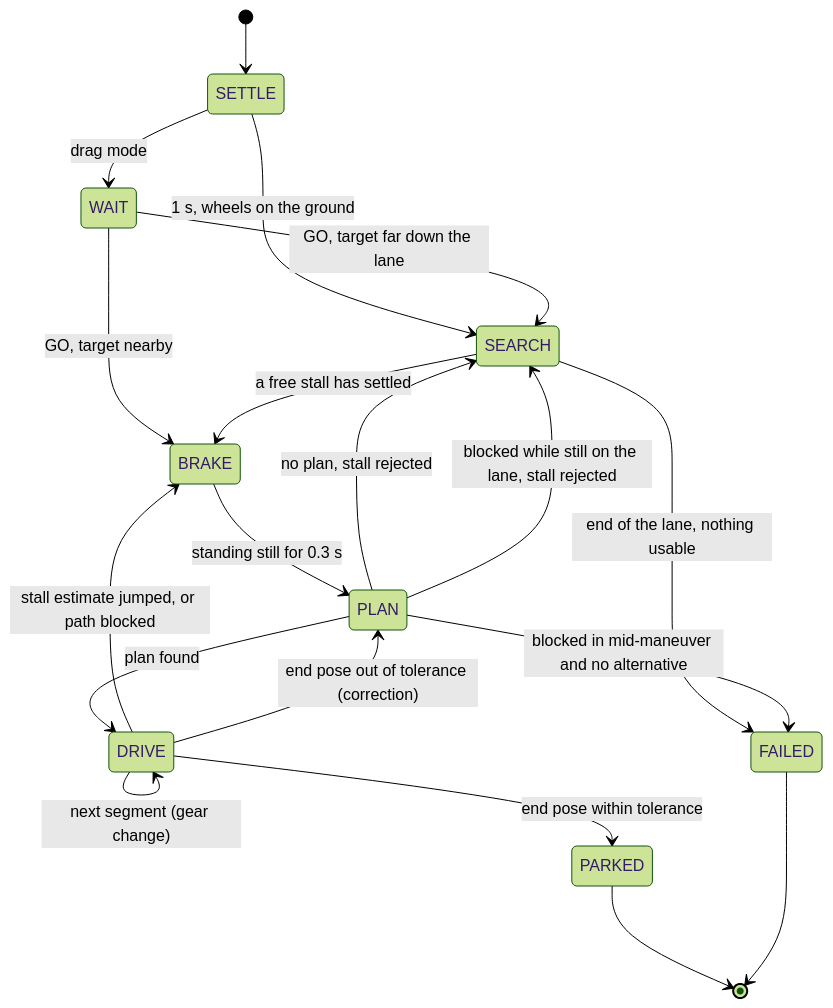
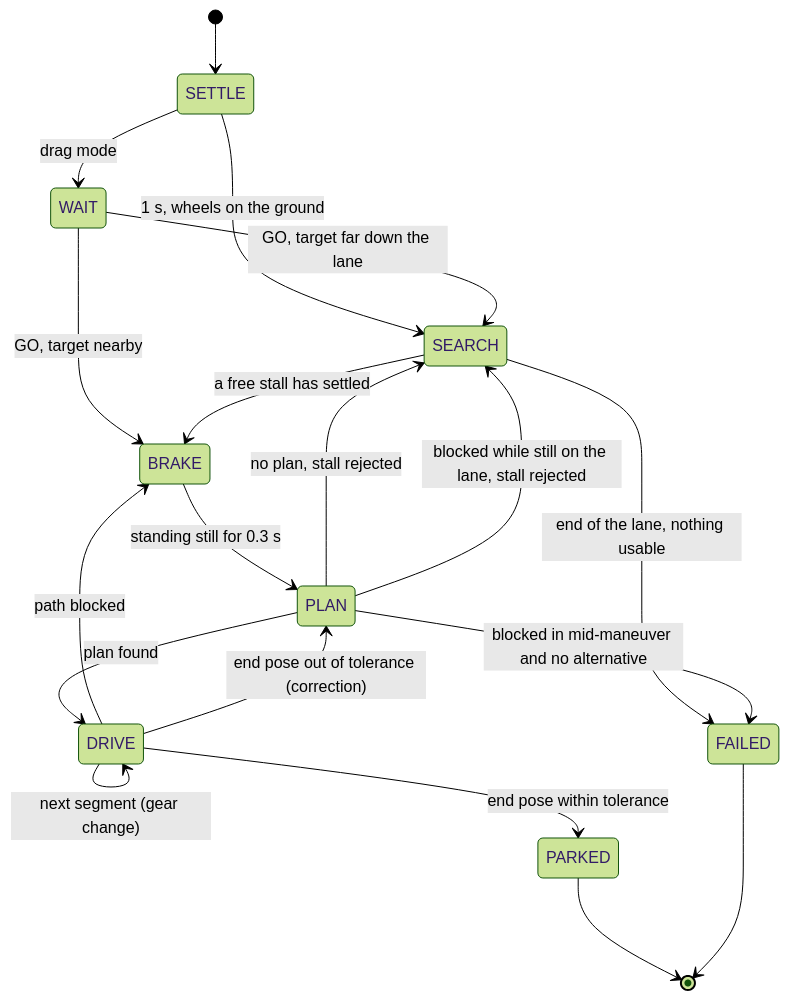
Before and after one commit to ksha23/chrono-parking: the second of 2 diagrams in docs/architecture.md, drawn with Mermaid (forest theme). The commit also changed other lines of this file and 10 other files, not shown here.

First line of the commit message:
Parallel parking keeps to the street side, a stall is not followed when its estimate jumps, a kerb's slant is the lane's

````diff
--- a/docs/architecture.md
+++ b/docs/architecture.md
@@ -86,21 +86,21 @@
 ```mermaid
 stateDiagram-v2
     [*] --> SETTLE
     SETTLE --> SEARCH: 1 s, wheels on the ground
     SETTLE --> WAIT: drag mode
     WAIT --> SEARCH: GO, target far down the lane
     WAIT --> BRAKE: GO, target nearby
     SEARCH --> BRAKE: a free stall has settled
     SEARCH --> FAILED: end of the lane, nothing usable
     BRAKE --> PLAN: standing still for 0.3 s
     PLAN --> DRIVE: plan found
     PLAN --> SEARCH: no plan, stall rejected
     PLAN --> SEARCH: blocked while still on the lane, stall rejected
     PLAN --> FAILED: blocked in mid-maneuver and no alternative
     DRIVE --> DRIVE: next segment (gear change)
-    DRIVE --> BRAKE: stall estimate jumped, or path blocked
+    DRIVE --> BRAKE: path blocked
     DRIVE --> PLAN: end pose out of tolerance (correction)
     DRIVE --> PARKED: end pose within tolerance
     PARKED --> [*]
     FAILED --> [*]
 ```
````
